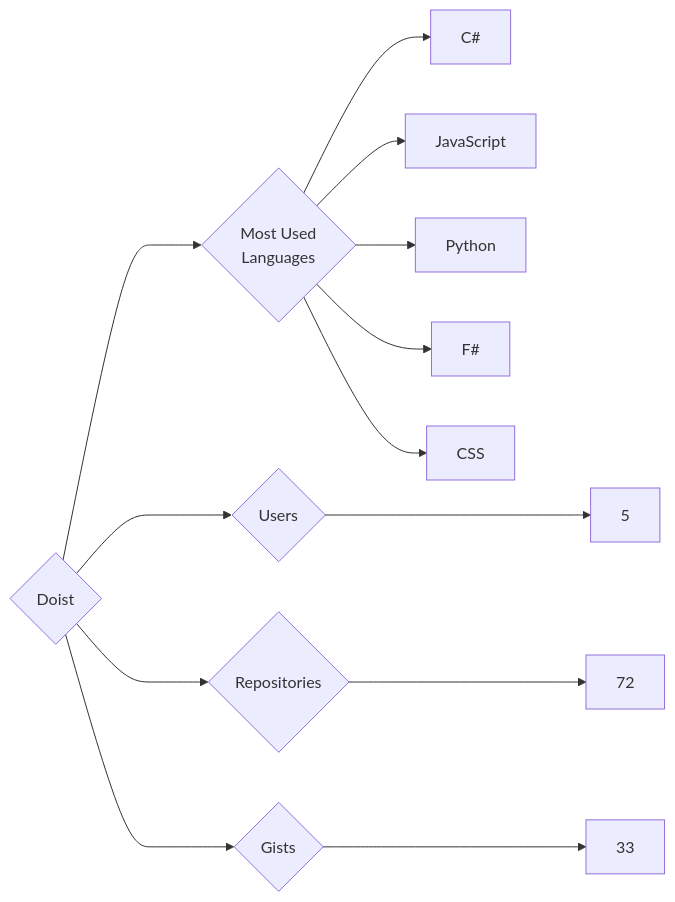
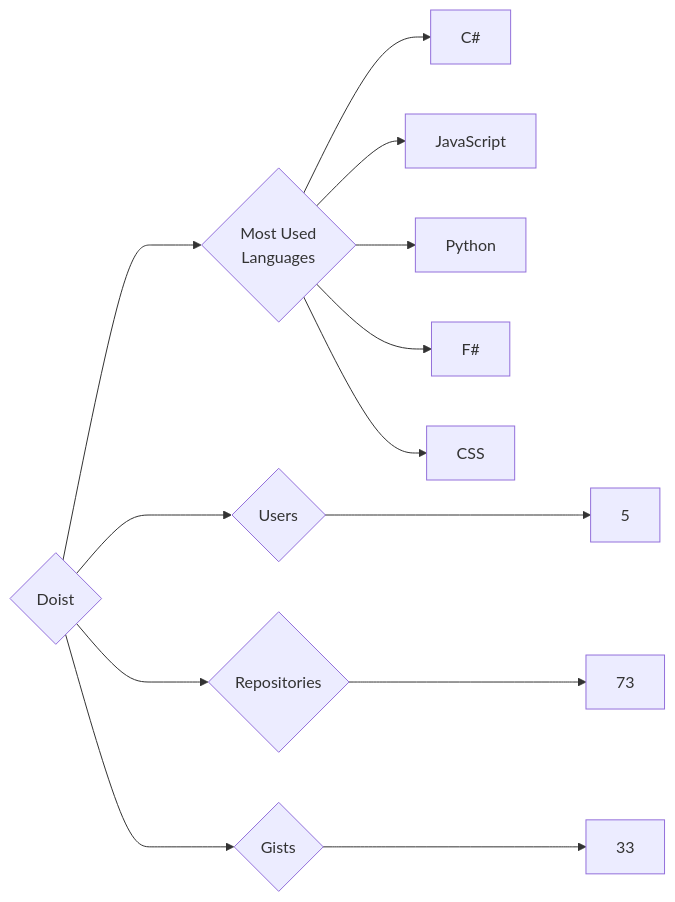
Before and after one commit to trickest/insiders: the diagram in targets/Doist/README.md, drawn with Mermaid. The commit also changed 618 other files, not shown here.

````diff
--- a/targets/Doist/README.md
+++ b/targets/Doist/README.md
@@ -3,13 +3,13 @@
 ```mermaid
 graph LR
 COMPANY_NAME{Doist}
 COMPANY_NAME ---> U{Users} ---> UN[5]
-COMPANY_NAME ---> R{Repositories} ---> RN[72]
+COMPANY_NAME ---> R{Repositories} ---> RN[73]
 COMPANY_NAME ---> G{Gists} ---> GN[33]
 COMPANY_NAME ---> ML{Most Used<br>Languages}
 ML --> C#[C#]
 ML --> JavaScript[JavaScript]
 ML --> Python[Python]
 ML --> F#[F#]
 ML --> CSS[CSS]
 ```
````
